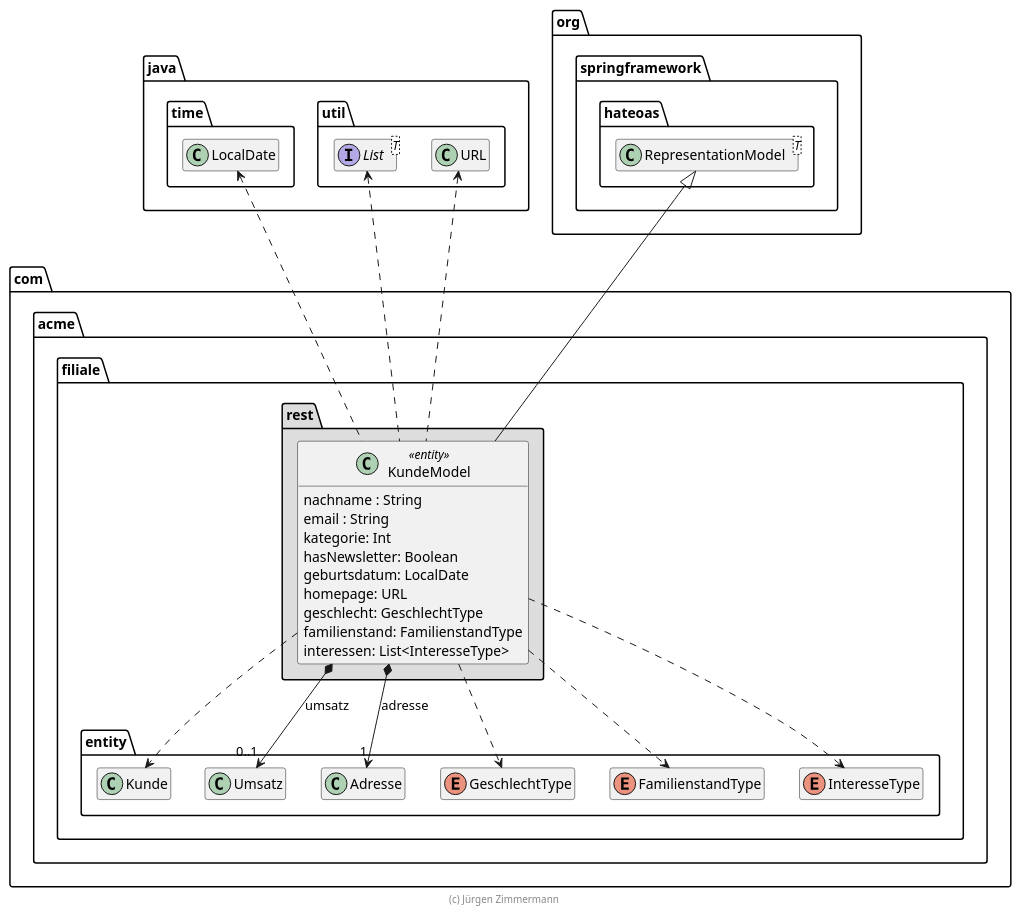
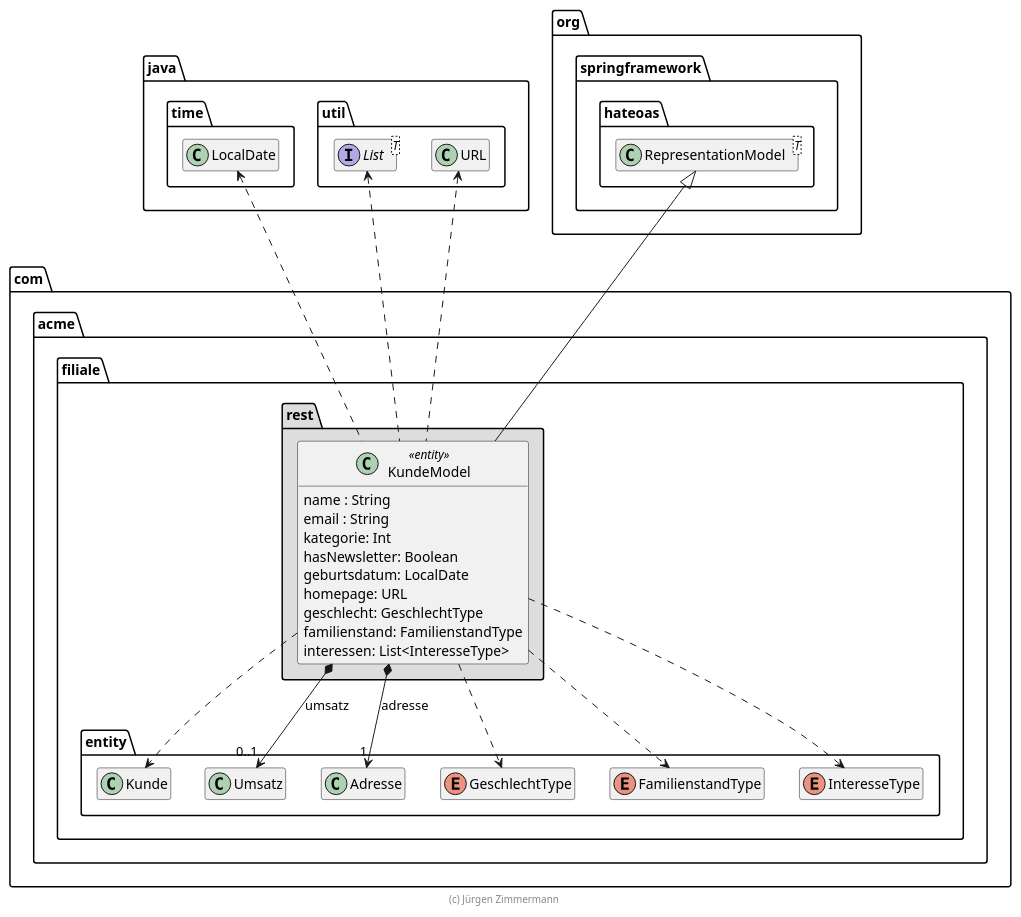
The diagram in extras/doc/KundeModel.plantuml (buecktobias/SWA_filiale), drawn with PlantUML before and after one commit. The commit also changed 12 other files, not shown here.

```diff
--- a/extras/doc/KundeModel.plantuml
+++ b/extras/doc/KundeModel.plantuml
@@ -15,67 +15,67 @@
 @startuml Kunde
 
 skinparam classAttributeIconSize 0
 ' skinparam monochrome true
 
 package java {
     package util {
         interface List<T>
         class URL
     }
 
     package time {
         class LocalDate
 
         LocalDate .right[hidden].> List
     }
 }
 
 package org.springframework.hateoas {
     class RepresentationModel<T>
 
     URL .right[hidden].> RepresentationModel
 }
 
 package com.acme.filiale {
     package entity {
         class Kunde
         class Umsatz
         class Adresse
         enum GeschlechtType
         enum FamilienstandType
         enum InteresseType
     }
 
     package rest #DDDDDD {
         class KundeModel << entity >> {
-            nachname : String
+            name : String
             email : String
             kategorie: Int
             hasNewsletter: Boolean
             geburtsdatum: LocalDate
             homepage: URL
             geschlecht: GeschlechtType
             familienstand: FamilienstandType
             interessen: List<InteresseType>
         }
 
         KundeModel *--> "0..1" Umsatz : umsatz
         KundeModel *--> "1" Adresse : adresse
         KundeModel ..> GeschlechtType
         KundeModel ..> FamilienstandType
         KundeModel ..> InteresseType
         KundeModel -up-|> RepresentationModel
 
         KundeModel ..> Kunde
 
         KundeModel .up.> URL
         KundeModel .up.> LocalDate
         KundeModel .up.> List
     }
 }
 
 hide empty members
 
 footer (c) Jürgen Zimmermann
 
 @enduml
```
